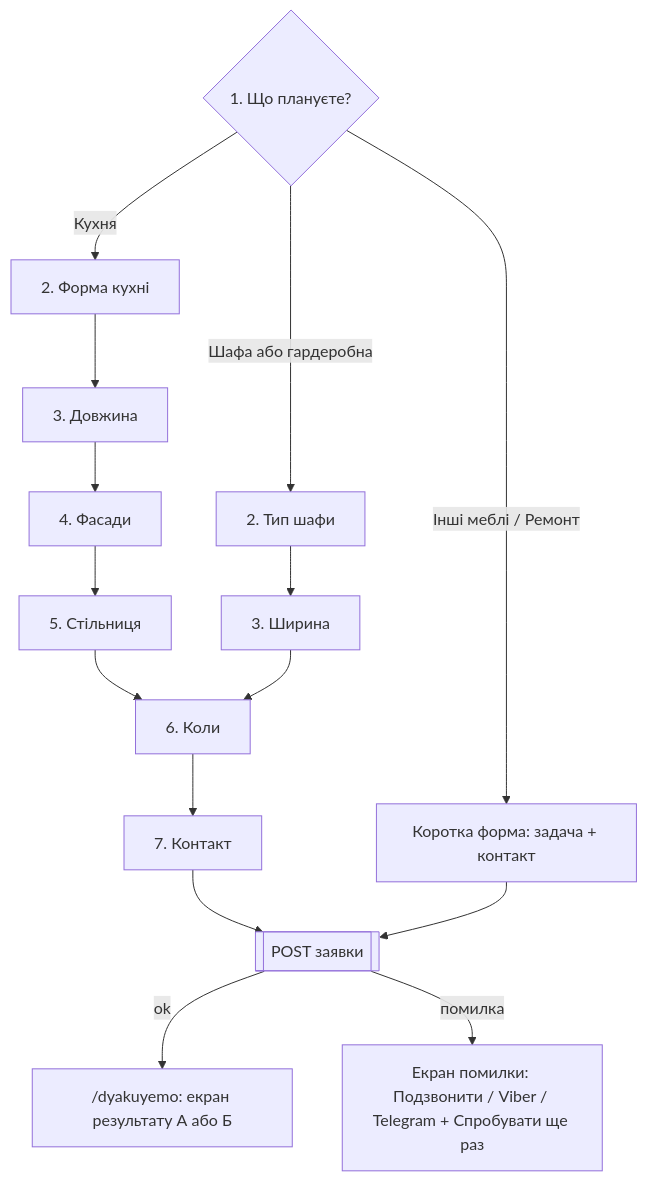
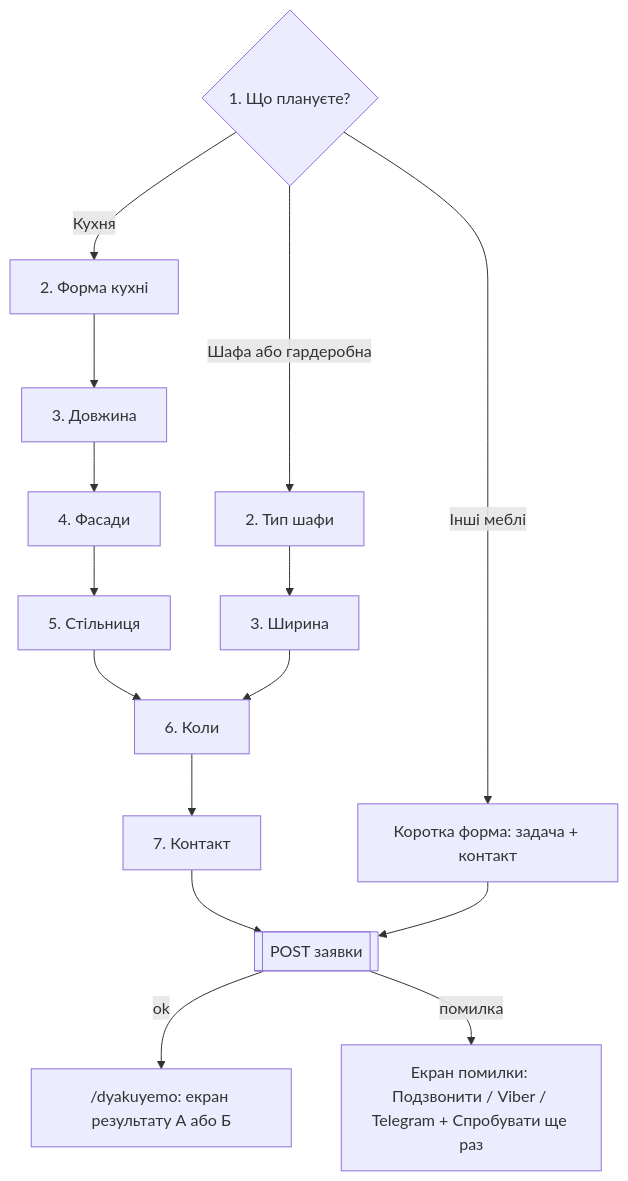
One commit to lieverifying/stroika changed the first of 2 diagrams in docs/ARCHITECTURE.md. Above: the diagram before and after it, drawn with Mermaid. The commit also changed other lines of this file and 52 other files, not shown here.

````diff
--- a/docs/ARCHITECTURE.md
+++ b/docs/ARCHITECTURE.md
@@ -417,12 +416,12 @@
 ```mermaid
 flowchart TD
   goal{"1. Що плануєте?"}
   goal -- "Кухня" --> ks["2. Форма кухні"] --> kl["3. Довжина"] --> fc["4. Фасади"] --> ct["5. Стільниця"] --> tm["6. Коли"]
   goal -- "Шафа або гардеробна" --> wt["2. Тип шафи"] --> ww["3. Ширина"] --> tm
-  goal -- "Інші меблі / Ремонт" --> sf["Коротка форма: задача + контакт"]
+  goal -- "Інші меблі" --> sf["Коротка форма: задача + контакт"]
   tm --> cn["7. Контакт"]
   cn --> send[["POST заявки"]]
   sf --> send
   send -- "ok" --> ty["/dyakuyemo: екран результату А або Б"]
   send -- "помилка" --> er["Екран помилки: Подзвонити / Viber / Telegram + Спробувати ще раз"]
 ```
````
